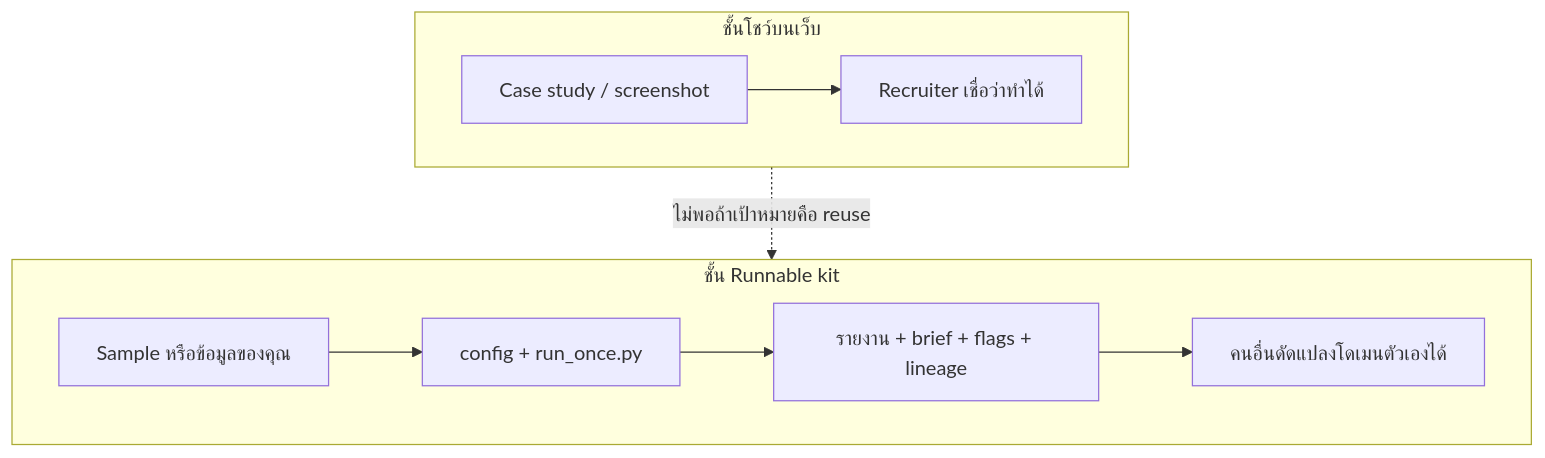
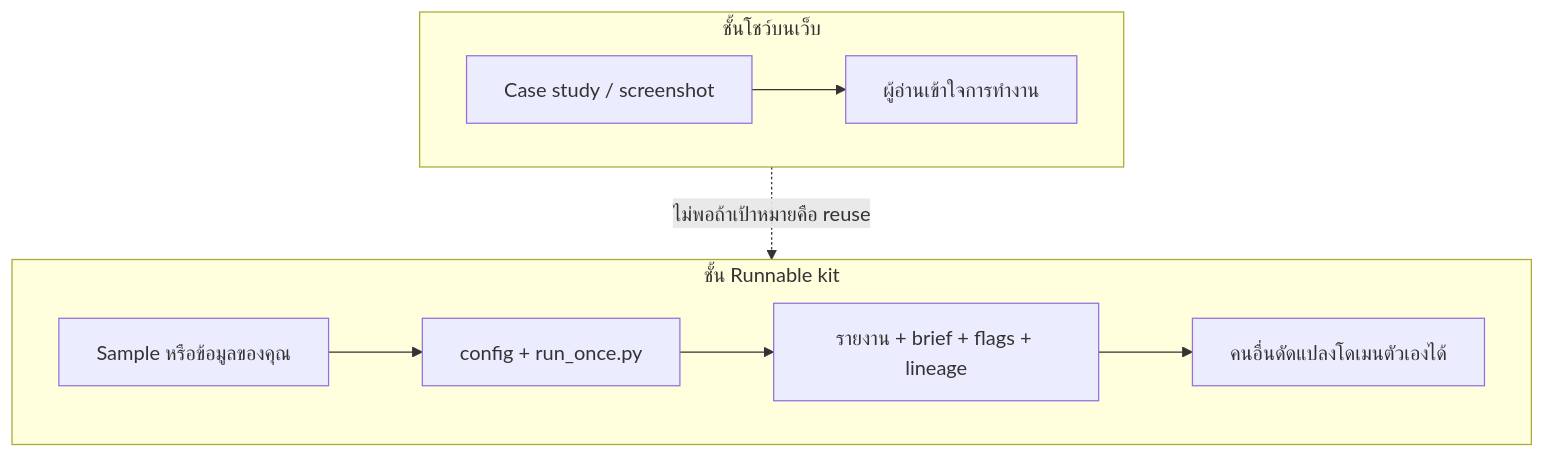
Before and after one commit to Chotchuang/chotchuang-portfolio: the first of 10 diagrams in public/work/weekly-ops-kit/diagrams/all-diagrams.md, drawn with Mermaid. The commit also changed 27 other files, not shown here.

````diff
--- a/public/work/weekly-ops-kit/diagrams/all-diagrams.md
+++ b/public/work/weekly-ops-kit/diagrams/all-diagrams.md
@@ -10,14 +10,14 @@
 ```mermaid
 flowchart TB
   subgraph SHOW["ชั้นโชว์บนเว็บ"]
-    A1[Case study / screenshot] --> A2[Recruiter เชื่อว่าทำได้]
+    A1[Case study / screenshot] --> A2[ผู้อ่านเข้าใจการทำงาน]
   end
 
   subgraph KIT["ชั้น Runnable kit"]
     B1[Sample หรือข้อมูลของคุณ] --> B2[config + run_once.py]
     B2 --> B3[รายงาน + brief + flags + lineage]
     B3 --> B4[คนอื่นดัดแปลงโดเมนตัวเองได้]
   end
 
   SHOW -.->|ไม่พอถ้าเป้าหมายคือ reuse| KIT
 ```
````
